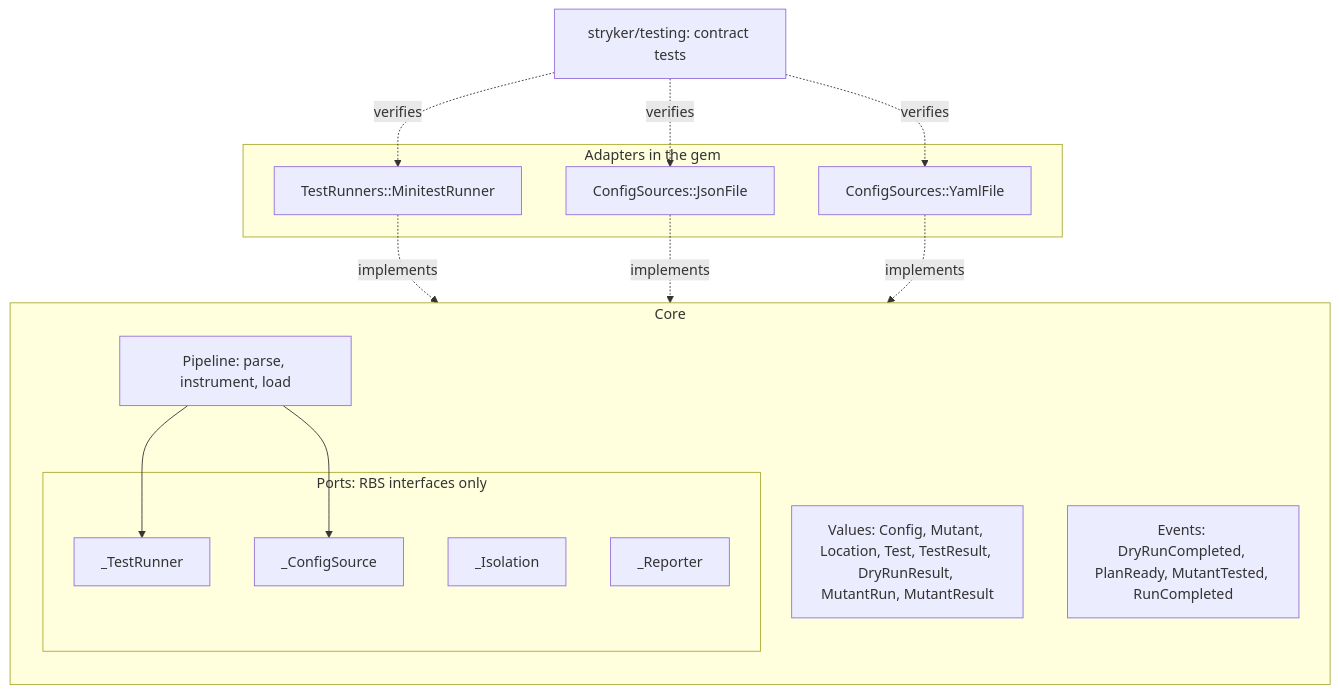
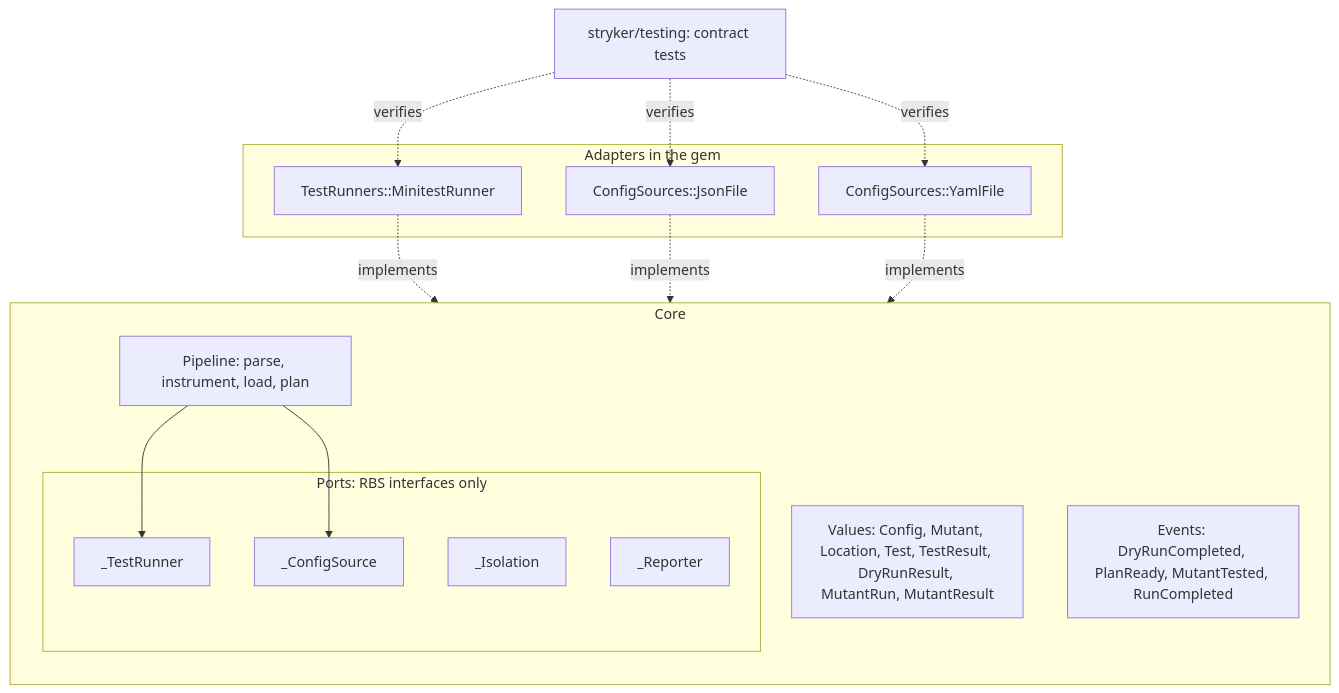
The third of 3 diagrams in docs/design/architecture.md (setdef/stryker_for_ruby), drawn with Mermaid before and after one commit. The commit also changed other lines of this file and 13 other files, not shown here.

````diff
--- a/docs/design/architecture.md
+++ b/docs/design/architecture.md
@@ -49,25 +51,25 @@
 ```mermaid
 flowchart TB
   subgraph core["Core"]
     direction TB
-    PIPE["Pipeline: parse, instrument, load"]
+    PIPE["Pipeline: parse, instrument, load, plan"]
     VAL["Values: Config, Mutant, Location, Test, TestResult, DryRunResult, MutantRun, MutantResult"]
     EVT["Events: DryRunCompleted, PlanReady, MutantTested, RunCompleted"]
     subgraph ports["Ports: RBS interfaces only"]
       TR["_TestRunner"]
       ISO["_Isolation"]
       REPP["_Reporter"]
       CS["_ConfigSource"]
     end
   end
   subgraph adapters["Adapters in the gem"]
     MT["TestRunners::MinitestRunner"]
     JC["ConfigSources::JsonFile"]
     YC["ConfigSources::YamlFile"]
   end
   CT["stryker/testing: contract tests"]
   PIPE --> TR & CS
   MT -. implements .-> TR
   JC & YC -. implements .-> CS
   CT -. verifies .-> MT & JC & YC
 ```
````
